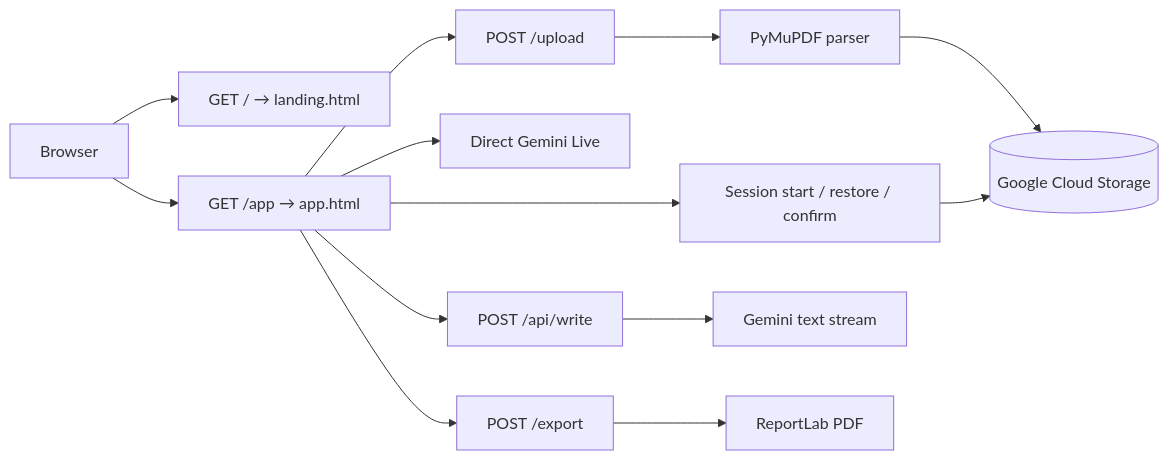
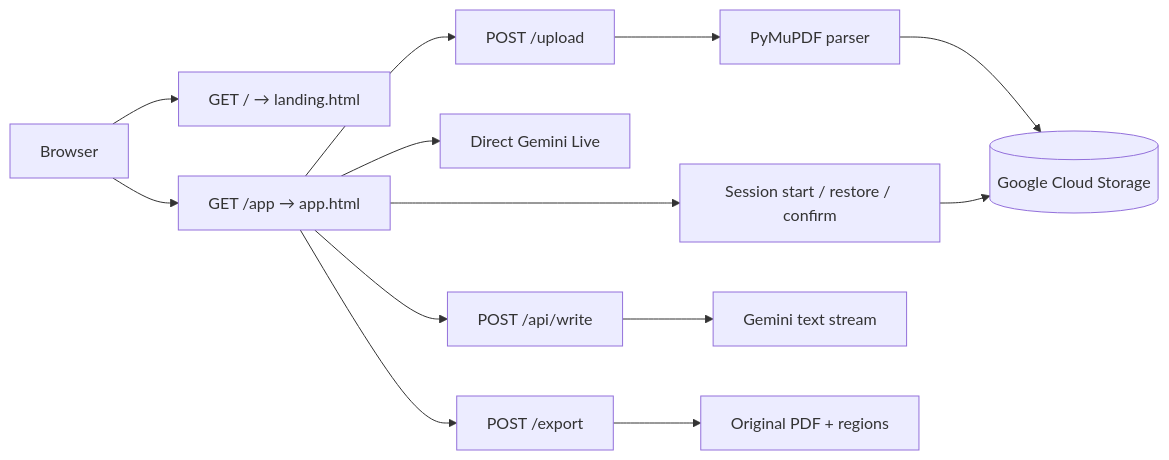
One commit to ChimdumebiNebolisa/Claros changed the diagram in README.md. Above: the diagram before and after it, drawn with Mermaid. The commit also changed other lines of this file and 1 other file, not shown here.

````diff
--- a/README.md
+++ b/README.md
@@ -60,15 +62,15 @@
 ```mermaid
 flowchart LR
   Browser[Browser] --> Landing[GET / → landing.html]
   Browser --> App[GET /app → app.html]
   App --> Upload[POST /upload]
   Upload --> Parser[PyMuPDF parser]
   Parser --> Storage[(Google Cloud Storage)]
   App --> Session[Session start / restore / confirm]
   Session --> Storage
   App --> Live[Direct Gemini Live]
   App --> Write[POST /api/write]
   Write --> Gemini[Gemini text stream]
   App --> Export[POST /export]
-  Export --> PDF[ReportLab PDF]
+  Export --> PDF[Original PDF + regions]
 ```
````
